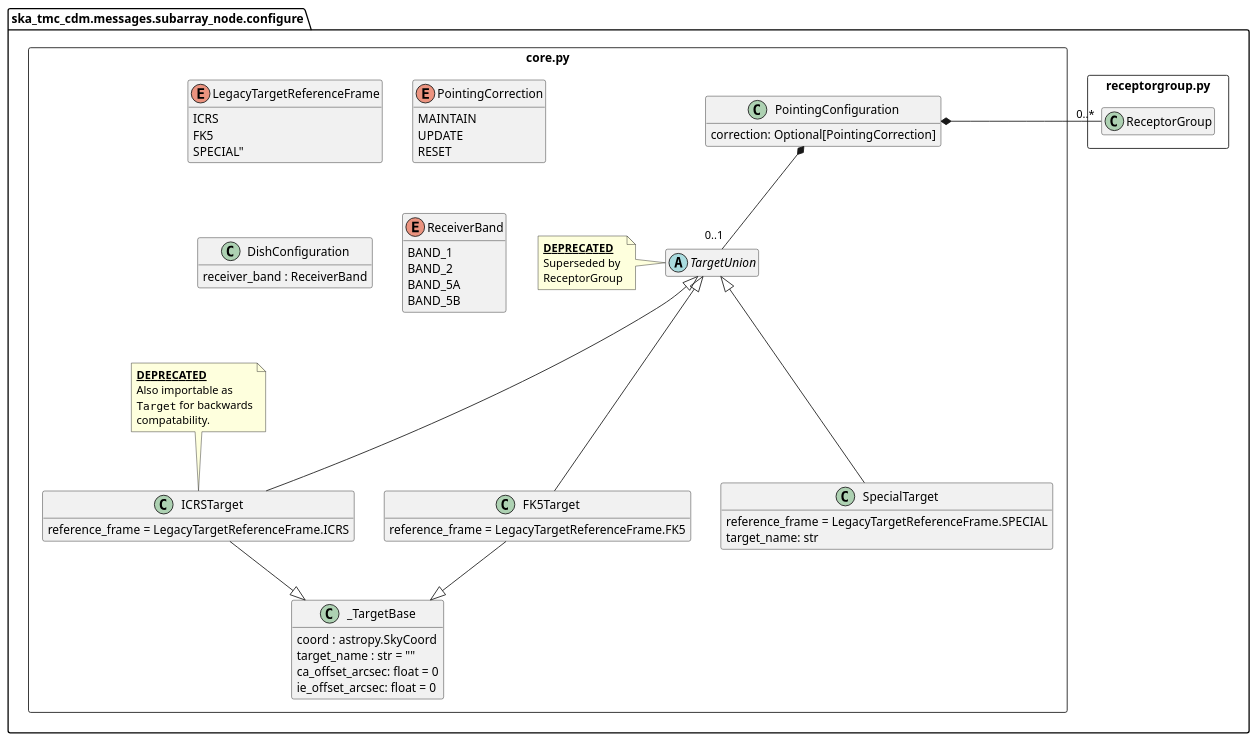
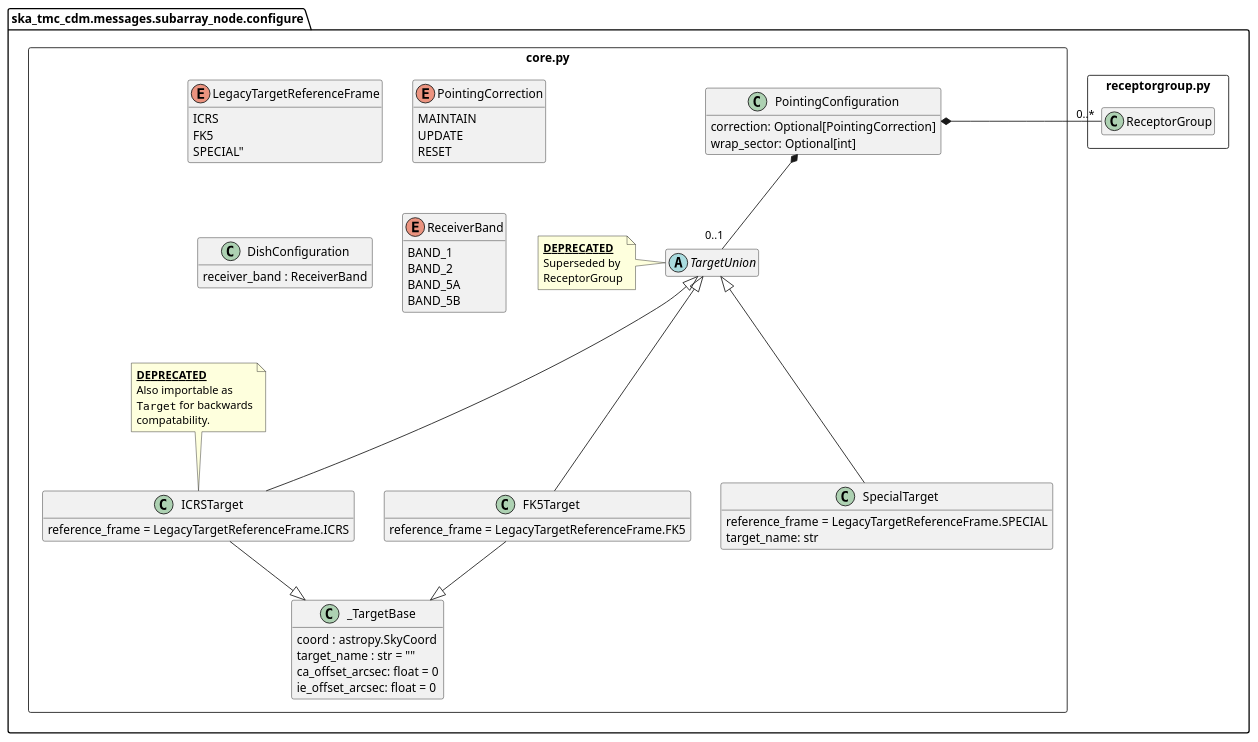
One commit to ska-telescope/cdm-shared-library changed the diagram in docs/src/developer/subarraynode/core.puml. Above: the diagram before and after it, drawn with PlantUML. The commit also changed 8 other files, not shown here.

First line of the commit message:
BTN-2635: Add wrap_sector to PointingConfiguration

```diff
--- a/docs/src/developer/subarraynode/core.puml
+++ b/docs/src/developer/subarraynode/core.puml
@@ -1,86 +1,87 @@
 @startuml
 hide empty members
 
 package "ska_tmc_cdm.messages.subarray_node.configure" as base {
 
 	package "receptorgroup.py" as _receptorgroup <<Rectangle>> {
         class ReceptorGroup {}
     }
 
 	package "core.py" as _core <<Rectangle>> {
 
         enum LegacyTargetReferenceFrame {
             ICRS
             FK5
             SPECIAL"
         }
 
         class SpecialTarget {
             reference_frame = LegacyTargetReferenceFrame.SPECIAL
             target_name: str
         }
 
         class ICRSTarget {
             reference_frame = LegacyTargetReferenceFrame.ICRS
         }
 
         class FK5Target {
             reference_frame = LegacyTargetReferenceFrame.FK5
         }
 
 		class _TargetBase {
 			coord : astropy.SkyCoord
 			target_name : str = ""
 			ca_offset_arcsec: float = 0
 			ie_offset_arcsec: float = 0
 		}
 
         _TargetBase <|-up- FK5Target
         _TargetBase <|-up- ICRSTarget
 
         abstract class TargetUnion {}
         note left of TargetUnion
         <u>**DEPRECATED**</u>
         Superseded by
         ReceptorGroup
         end note
 
         TargetUnion <|--- ICRSTarget
         TargetUnion <|--- FK5Target
         TargetUnion <|--- SpecialTarget
 
         note top of ICRSTarget
         <u>**DEPRECATED**</u>
         Also importable as
         ""Target"" for backwards
         compatability.
         end note
 
 		enum PointingCorrection {
 			MAINTAIN
 			UPDATE
 			RESET
 		}
 
 		class PointingConfiguration {
 			correction: Optional[PointingCorrection]
+			wrap_sector: Optional[int]
 		}
 		PointingConfiguration *-- "0..1" TargetUnion
 		PointingConfiguration *- "0..*" ReceptorGroup
 
 		class DishConfiguration {
 			receiver_band : ReceiverBand
 		}
 
 		enum ReceiverBand {
 			BAND_1
 			BAND_2
 			BAND_5A
 			BAND_5B
 		}
 
 	}
 
 }
 
 @enduml
```
